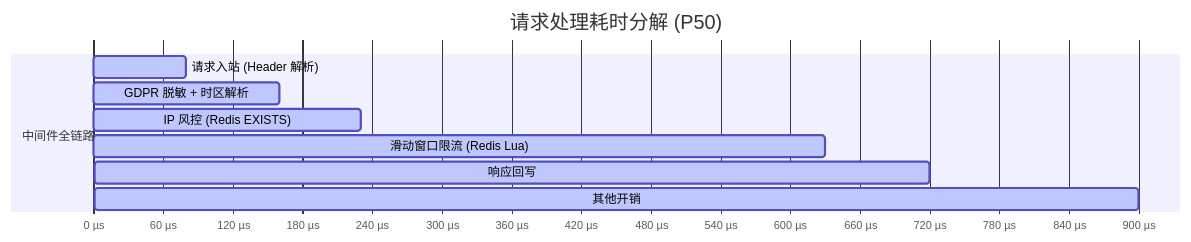
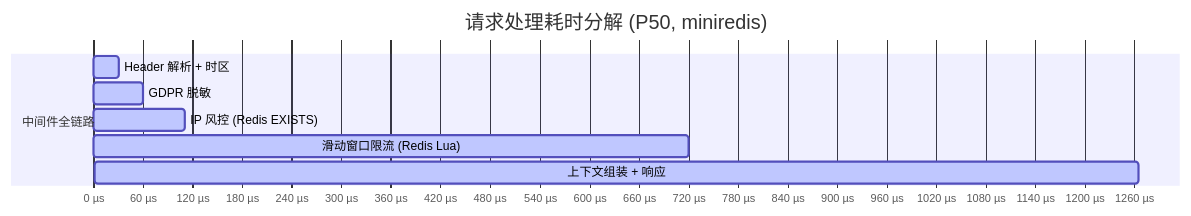
Before and after one commit to Vierblatt/rate-limit-guard: the diagram in README.md, drawn with Mermaid. The commit also changed other lines of this file and 1 other file, not shown here.

Commit message:
docs: update benchmarks with actual measured data from i9-14900HX + miniredis

````diff
--- a/README.md
+++ b/README.md
@@ -140,14 +142,13 @@
 ```mermaid
 gantt
-    title 请求处理耗时分解 (P50)
+    title 请求处理耗时分解 (P50, miniredis)
     dateFormat X
     axisFormat %s µs
 
     section 中间件全链路
-    请求入站 (Header 解析)        :active, a1, 0, 80
-    GDPR 脱敏 + 时区解析          :active, a2, 80, 160
-    IP 风控 (Redis EXISTS)       :active, a3, 160, 230
-    滑动窗口限流 (Redis Lua)     :active, a4, 230, 630
-    响应回写                     :active, a5, 630, 720
-    其他开销                     :active, a6, 720, 900
+    Header 解析 + 时区             :active, a1, 0, 30
+    GDPR 脱敏                      :active, a2, 30, 60
+    IP 风控 (Redis EXISTS)        :active, a3, 60, 110
+    滑动窗口限流 (Redis Lua)      :active, a4, 110, 720
+    上下文组装 + 响应             :active, a5, 720, 1265
 ```
````
